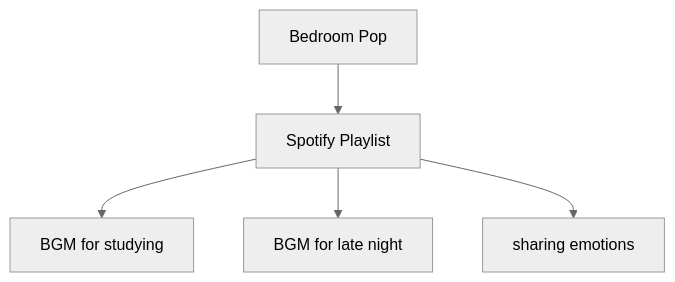
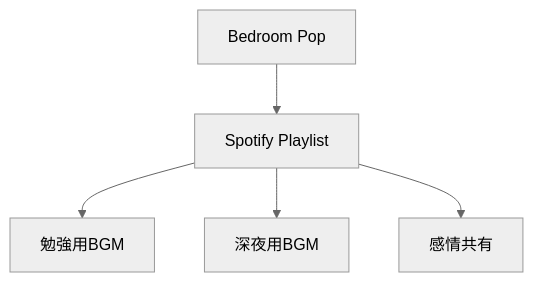
One commit to monumental-movement/monumental-movement.github.io changed the seventh of 8 diagrams in en/_posts/2026-05-24-column-bedroom-pop.md. Above: the diagram before and after it, drawn with Mermaid (neutral theme). The commit also changed other lines of this file and 2196 other files, not shown here.

```diff
--- a/en/_posts/2026-05-24-column-bedroom-pop.md
+++ b/en/_posts/2026-05-24-column-bedroom-pop.md
@@ -424,7 +424,7 @@
 <div class="mermaid">
 flowchart TD
 A[Bedroom Pop] --> B[Spotify Playlist]
-B --> C[BGM for studying]
-B --> D[BGM for late night]
-B --> E[sharing emotions]
+B --> C[勉強用BGM]
+B --> D[深夜用BGM]
+B --> E[感情共有]
 </div>
```
